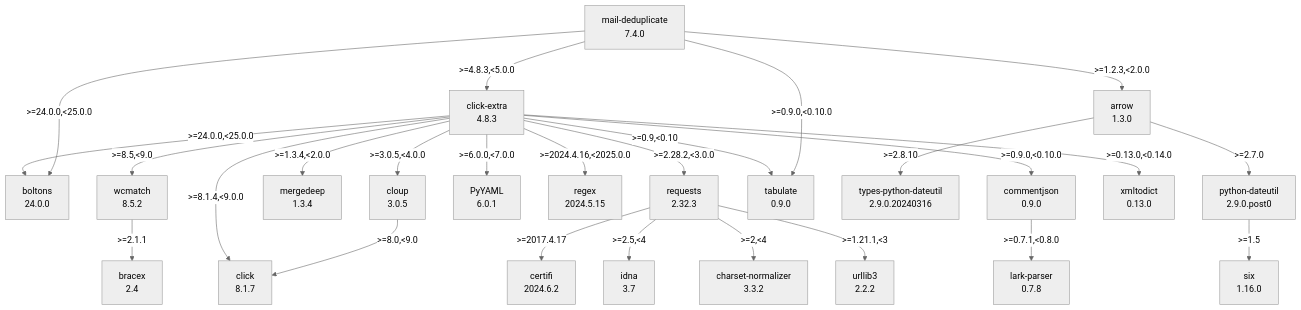
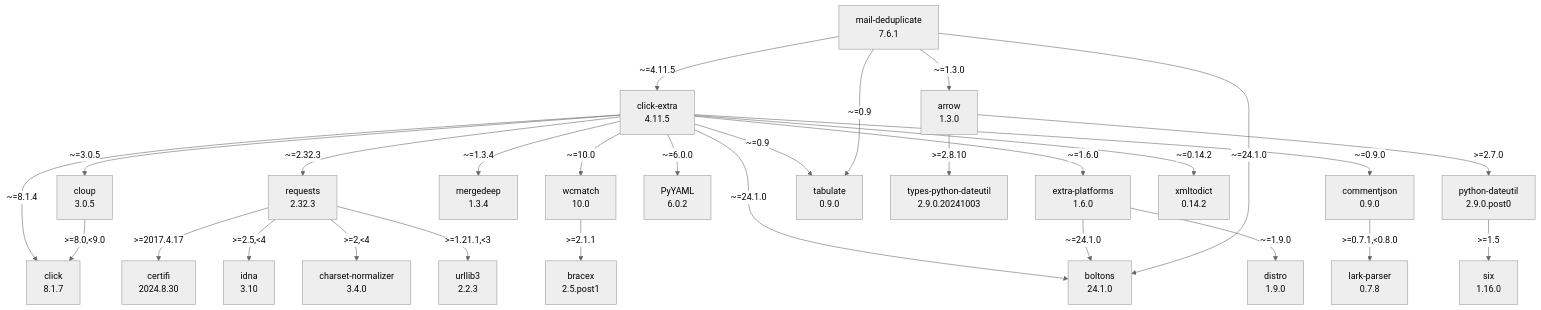
One commit to kdeldycke/mail-deduplicate changed the diagram in docs/assets/dependencies.mmd. Above: the diagram before and after it, drawn with Mermaid (neutral theme).

Commit message:
[autofix] Regenerate dependency graph

```diff
--- a/docs/assets/dependencies.mmd
+++ b/docs/assets/dependencies.mmd
@@ -1,50 +1,53 @@
 flowchart TD
     classDef missing stroke-dasharray: 5
     arrow["arrow\n1.3.0"]
-    boltons["boltons\n24.0.0"]
-    bracex["bracex\n2.4"]
-    certifi["certifi\n2024.6.2"]
-    charset-normalizer["charset-normalizer\n3.3.2"]
-    click-extra["click-extra\n4.8.3"]
+    boltons["boltons\n24.1.0"]
+    bracex["bracex\n2.5.post1"]
+    certifi["certifi\n2024.8.30"]
+    charset-normalizer["charset-normalizer\n3.4.0"]
+    click-extra["click-extra\n4.11.5"]
     click_0["click\n8.1.7"]
     cloup["cloup\n3.0.5"]
     commentjson["commentjson\n0.9.0"]
-    idna["idna\n3.7"]
+    distro["distro\n1.9.0"]
+    extra-platforms["extra-platforms\n1.6.0"]
+    idna["idna\n3.10"]
     lark-parser["lark-parser\n0.7.8"]
-    mail-deduplicate["mail-deduplicate\n7.4.0"]
+    mail-deduplicate["mail-deduplicate\n7.6.1"]
     mergedeep["mergedeep\n1.3.4"]
     python-dateutil["python-dateutil\n2.9.0.post0"]
-    pyyaml["PyYAML\n6.0.1"]
-    regex["regex\n2024.5.15"]
+    pyyaml["PyYAML\n6.0.2"]
     requests["requests\n2.32.3"]
     six["six\n1.16.0"]
     tabulate["tabulate\n0.9.0"]
-    types-python-dateutil["types-python-dateutil\n2.9.0.20240316"]
-    urllib3["urllib3\n2.2.2"]
-    wcmatch["wcmatch\n8.5.2"]
-    xmltodict["xmltodict\n0.13.0"]
+    types-python-dateutil["types-python-dateutil\n2.9.0.20241003"]
+    urllib3["urllib3\n2.2.3"]
+    wcmatch["wcmatch\n10.0"]
+    xmltodict["xmltodict\n0.14.2"]
     arrow -- ">=2.7.0" --> python-dateutil
     arrow -- ">=2.8.10" --> types-python-dateutil
-    click-extra -- ">=0.13.0,<0.14.0" --> xmltodict
-    click-extra -- ">=0.9,<0.10" --> tabulate
-    click-extra -- ">=0.9.0,<0.10.0" --> commentjson
-    click-extra -- ">=1.3.4,<2.0.0" --> mergedeep
-    click-extra -- ">=2.28.2,<3.0.0" --> requests
-    click-extra -- ">=2024.4.16,<2025.0.0" --> regex
-    click-extra -- ">=24.0.0,<25.0.0" --> boltons
-    click-extra -- ">=3.0.5,<4.0.0" --> cloup
-    click-extra -- ">=6.0.0,<7.0.0" --> pyyaml
-    click-extra -- ">=8.1.4,<9.0.0" --> click_0
-    click-extra -- ">=8.5,<9.0" --> wcmatch
+    click-extra -- "~=0.14.2" --> xmltodict
+    click-extra -- "~=0.9" --> tabulate
+    click-extra -- "~=0.9.0" --> commentjson
+    click-extra -- "~=1.3.4" --> mergedeep
+    click-extra -- "~=1.6.0" --> extra-platforms
+    click-extra -- "~=10.0" --> wcmatch
+    click-extra -- "~=2.32.3" --> requests
+    click-extra -- "~=24.1.0" --> boltons
+    click-extra -- "~=3.0.5" --> cloup
+    click-extra -- "~=6.0.0" --> pyyaml
+    click-extra -- "~=8.1.4" --> click_0
     cloup -- ">=8.0,<9.0" --> click_0
     commentjson -- ">=0.7.1,<0.8.0" --> lark-parser
-    mail-deduplicate -- ">=0.9.0,<0.10.0" --> tabulate
-    mail-deduplicate -- ">=1.2.3,<2.0.0" --> arrow
-    mail-deduplicate -- ">=24.0.0,<25.0.0" --> boltons
-    mail-deduplicate -- ">=4.8.3,<5.0.0" --> click-extra
+    extra-platforms -- "~=1.9.0" --> distro
+    extra-platforms -- "~=24.1.0" --> boltons
+    mail-deduplicate -- "~=0.9" --> tabulate
+    mail-deduplicate -- "~=1.3.0" --> arrow
+    mail-deduplicate -- "~=24.1.0" --> boltons
+    mail-deduplicate -- "~=4.11.5" --> click-extra
     python-dateutil -- ">=1.5" --> six
     requests -- ">=1.21.1,<3" --> urllib3
     requests -- ">=2,<4" --> charset-normalizer
     requests -- ">=2.5,<4" --> idna
     requests -- ">=2017.4.17" --> certifi
     wcmatch -- ">=2.1.1" --> bracex
```
